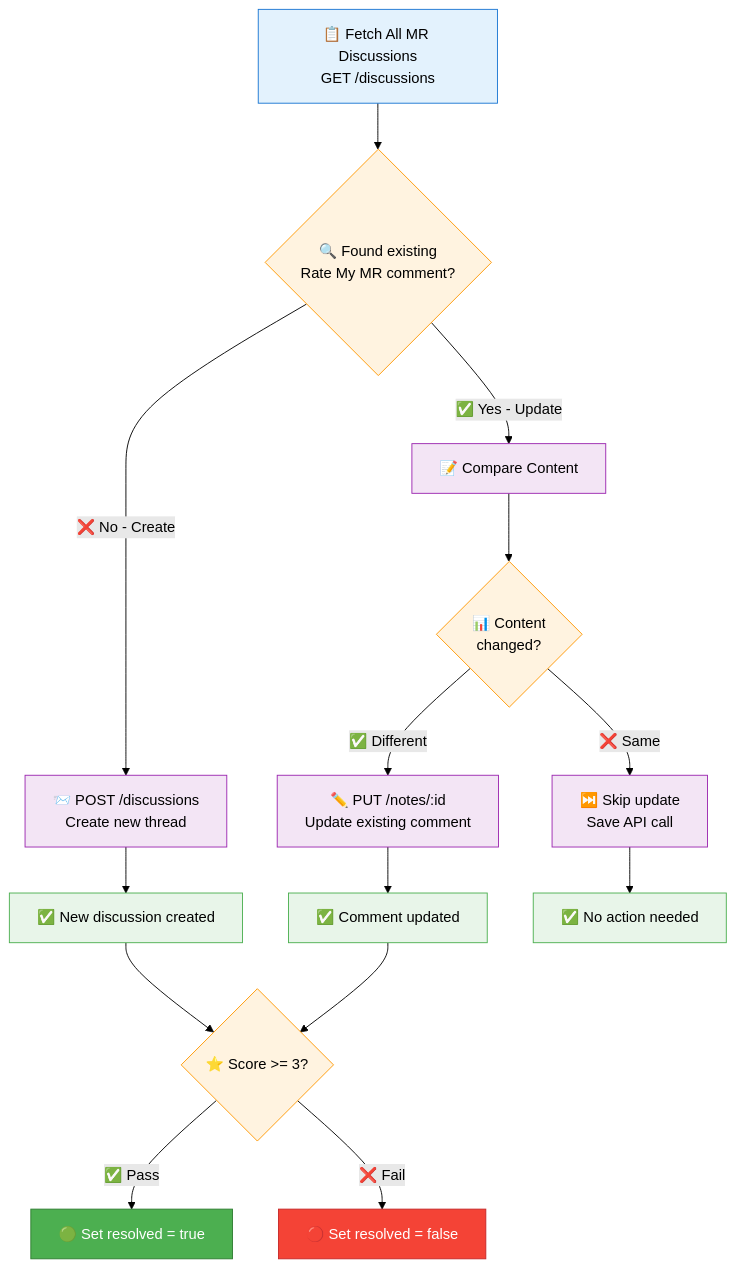
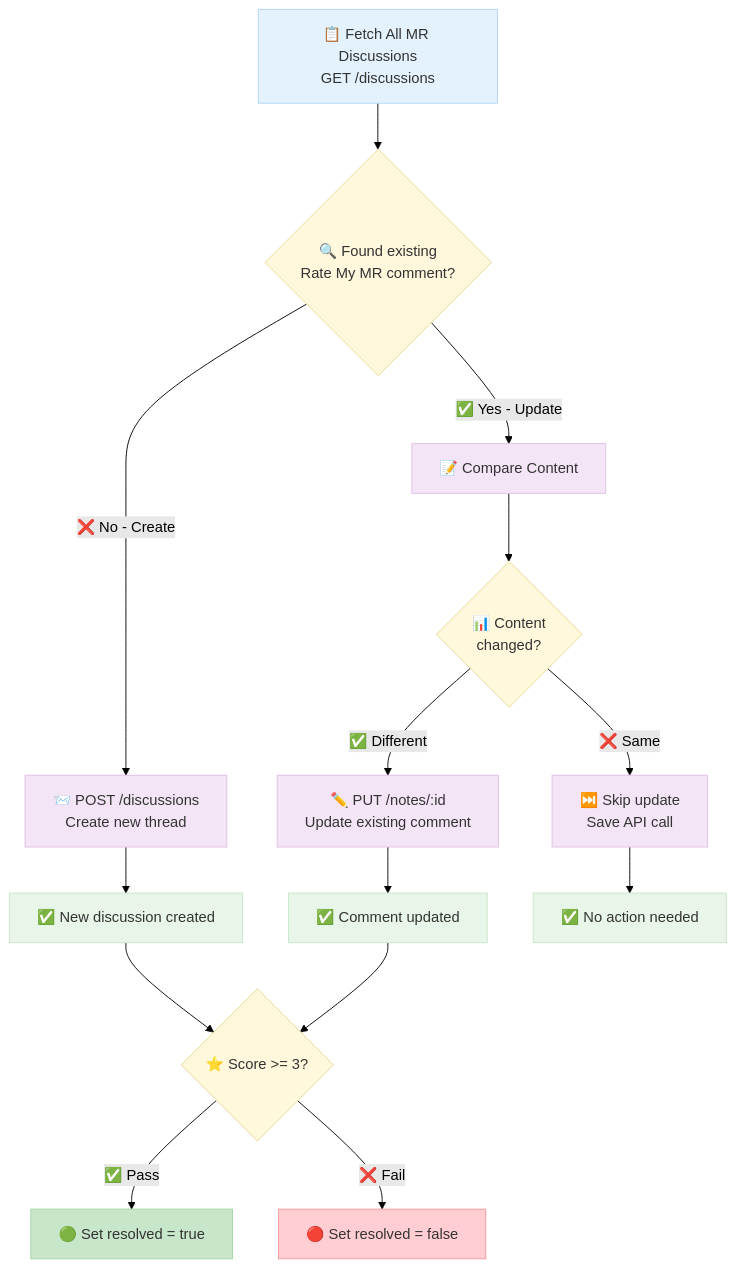
One commit to vigneshpalanivelr/commit-validator changed the sixth of 6 diagrams in ARCHITECTURE.md. Above: the diagram before and after it, drawn with Mermaid (forest theme). The commit also changed other lines of this file and 2 other files, not shown here.

First line of the commit message:
Update mermaid diagrams with subtle, muted colors

````diff
--- a/ARCHITECTURE.md
+++ b/ARCHITECTURE.md
@@ -529,34 +529,34 @@
 ```mermaid
 flowchart TD
     A[📋 Fetch All MR Discussions<br/>GET /discussions] --> B{🔍 Found existing<br/>Rate My MR comment?}
 
     B -->|"✅ Yes - Update"| C[📝 Compare Content]
     B -->|"❌ No - Create"| D[📨 POST /discussions<br/>Create new thread]
 
     C --> E{📊 Content<br/>changed?}
     E -->|"✅ Different"| F[✏️ PUT /notes/:id<br/>Update existing comment]
     E -->|"❌ Same"| G[⏭️ Skip update<br/>Save API call]
 
     D --> H[✅ New discussion created]
     F --> I[✅ Comment updated]
     G --> J[✅ No action needed]
 
     H --> K{⭐ Score >= 3?}
     I --> K
     K -->|"✅ Pass"| L[🟢 Set resolved = true]
     K -->|"❌ Fail"| M[🔴 Set resolved = false]
 
-    classDef fetch fill:#e3f2fd,stroke:#1976d2,color:#000
-    classDef decision fill:#fff3e0,stroke:#ff9800,color:#000
-    classDef action fill:#f3e5f5,stroke:#9c27b0,color:#000
-    classDef success fill:#e8f5e9,stroke:#4caf50,color:#000
-    classDef pass fill:#4caf50,stroke:#2e7d32,color:#fff
-    classDef fail fill:#f44336,stroke:#c62828,color:#fff
+    classDef fetch fill:#e3f2fd,stroke:#b3d4f7,color:#333
+    classDef decision fill:#fff8dc,stroke:#e8d890,color:#333
+    classDef action fill:#f3e5f5,stroke:#e1bee7,color:#333
+    classDef success fill:#e8f5e9,stroke:#c8e6c9,color:#333
+    classDef pass fill:#c8e6c9,stroke:#a5d6a7,color:#333
+    classDef fail fill:#ffcdd2,stroke:#ef9a9a,color:#333
 
     class A fetch
     class B,E,K decision
     class C,D,F,G action
     class H,I,J success
     class L pass
     class M fail
 ```
````
